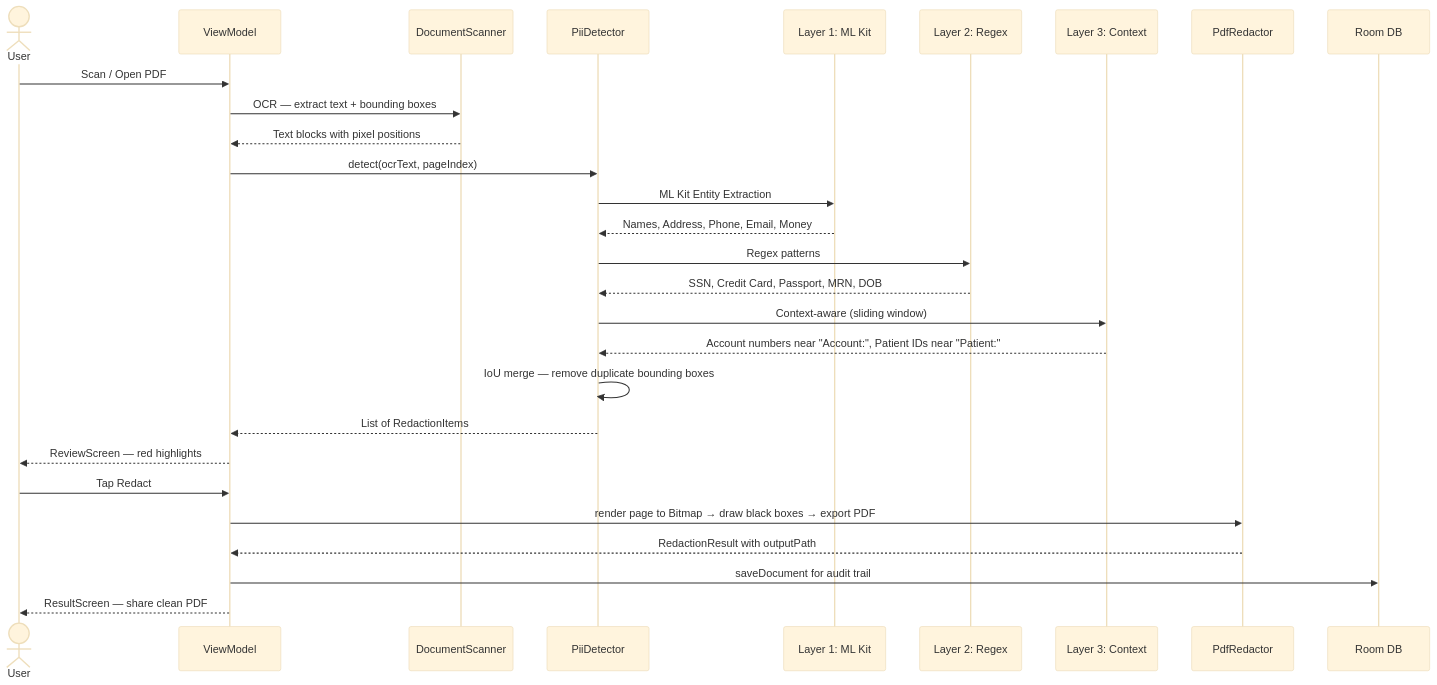
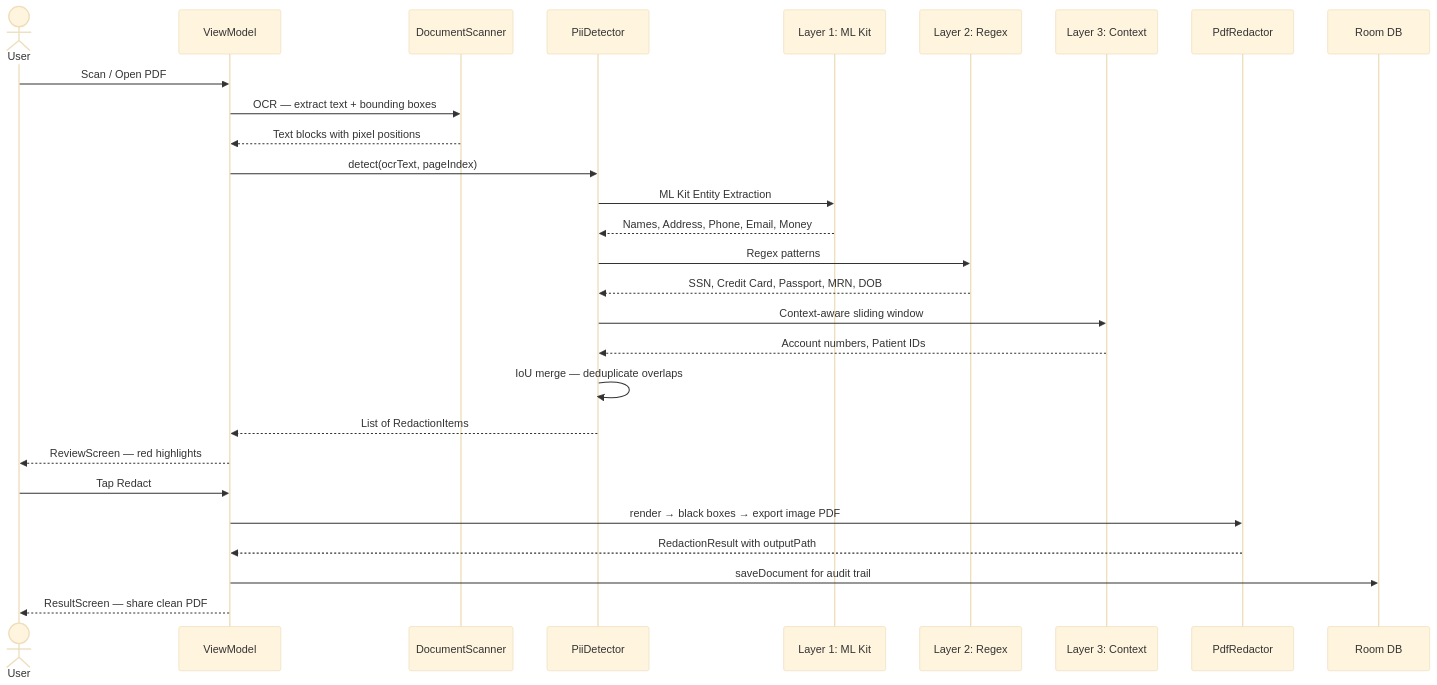
Before and after one commit to lakshmanreddymv-bot/EnterpriseDocumentRedactor: the second of 3 diagrams in README.md, drawn with Mermaid (base theme). The commit also changed other lines of this file and 6 other files, not shown here.

````diff
--- a/README.md
+++ b/README.md
@@ -98,31 +159,31 @@
 ```mermaid
 sequenceDiagram
 actor User
 participant VM as ViewModel
 participant DS as DocumentScanner
 participant PD as PiiDetector
 participant L1 as Layer 1: ML Kit
 participant L2 as Layer 2: Regex
 participant L3 as Layer 3: Context
 participant PDF as PdfRedactor
 participant DB as Room DB
 User->>VM: Scan / Open PDF
 VM->>DS: OCR — extract text + bounding boxes
 DS-->>VM: Text blocks with pixel positions
 VM->>PD: detect(ocrText, pageIndex)
 PD->>L1: ML Kit Entity Extraction
 L1-->>PD: Names, Address, Phone, Email, Money
 PD->>L2: Regex patterns
 L2-->>PD: SSN, Credit Card, Passport, MRN, DOB
-PD->>L3: Context-aware (sliding window)
-L3-->>PD: Account numbers near "Account:", Patient IDs near "Patient:"
-PD->>PD: IoU merge — remove duplicate bounding boxes
+PD->>L3: Context-aware sliding window
+L3-->>PD: Account numbers, Patient IDs
+PD->>PD: IoU merge — deduplicate overlaps
 PD-->>VM: List of RedactionItems
 VM-->>User: ReviewScreen — red highlights
 
 User->>VM: Tap Redact
-VM->>PDF: render page to Bitmap → draw black boxes → export PDF
+VM->>PDF: render → black boxes → export image PDF
 PDF-->>VM: RedactionResult with outputPath
 VM->>DB: saveDocument for audit trail
 VM-->>User: ResultScreen — share clean PDF
 ```
````
